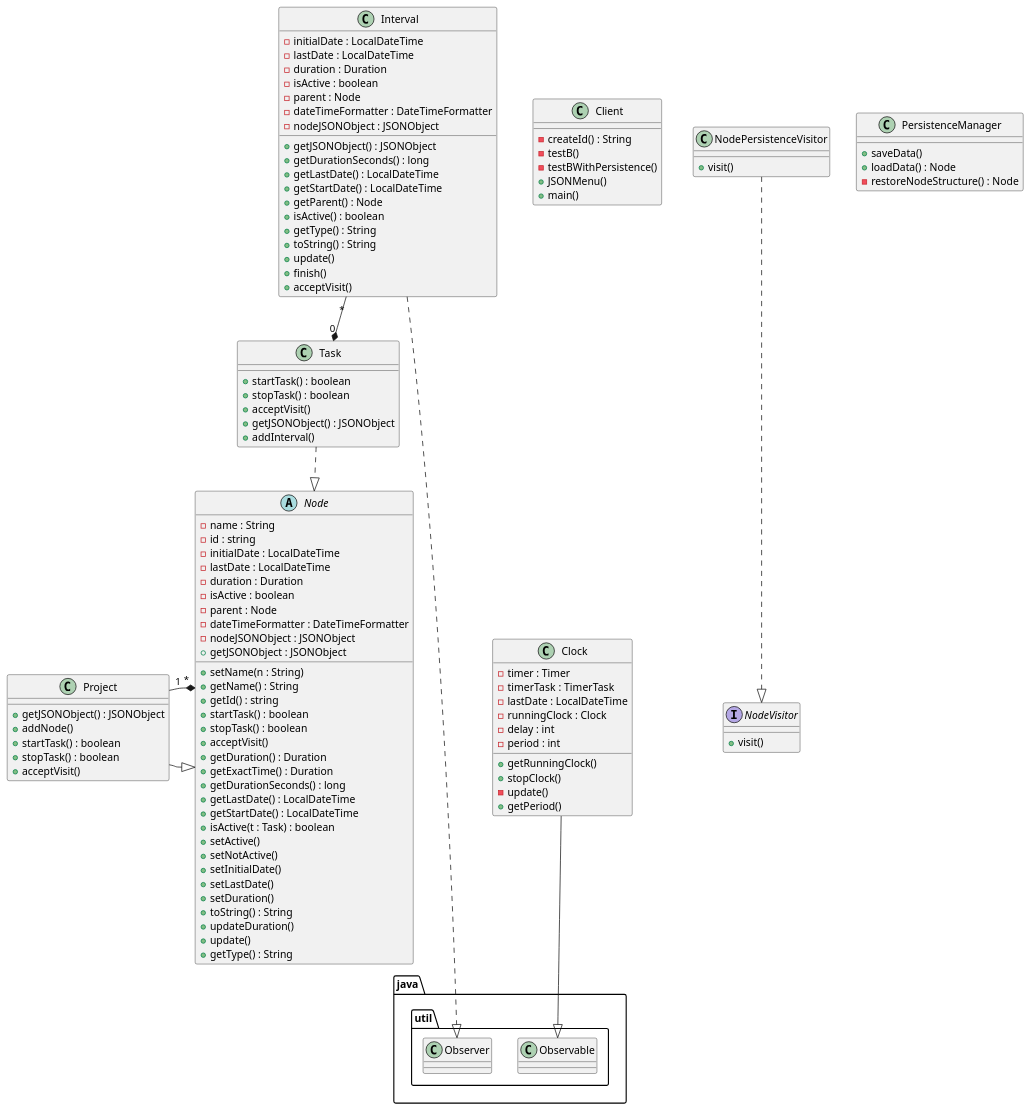
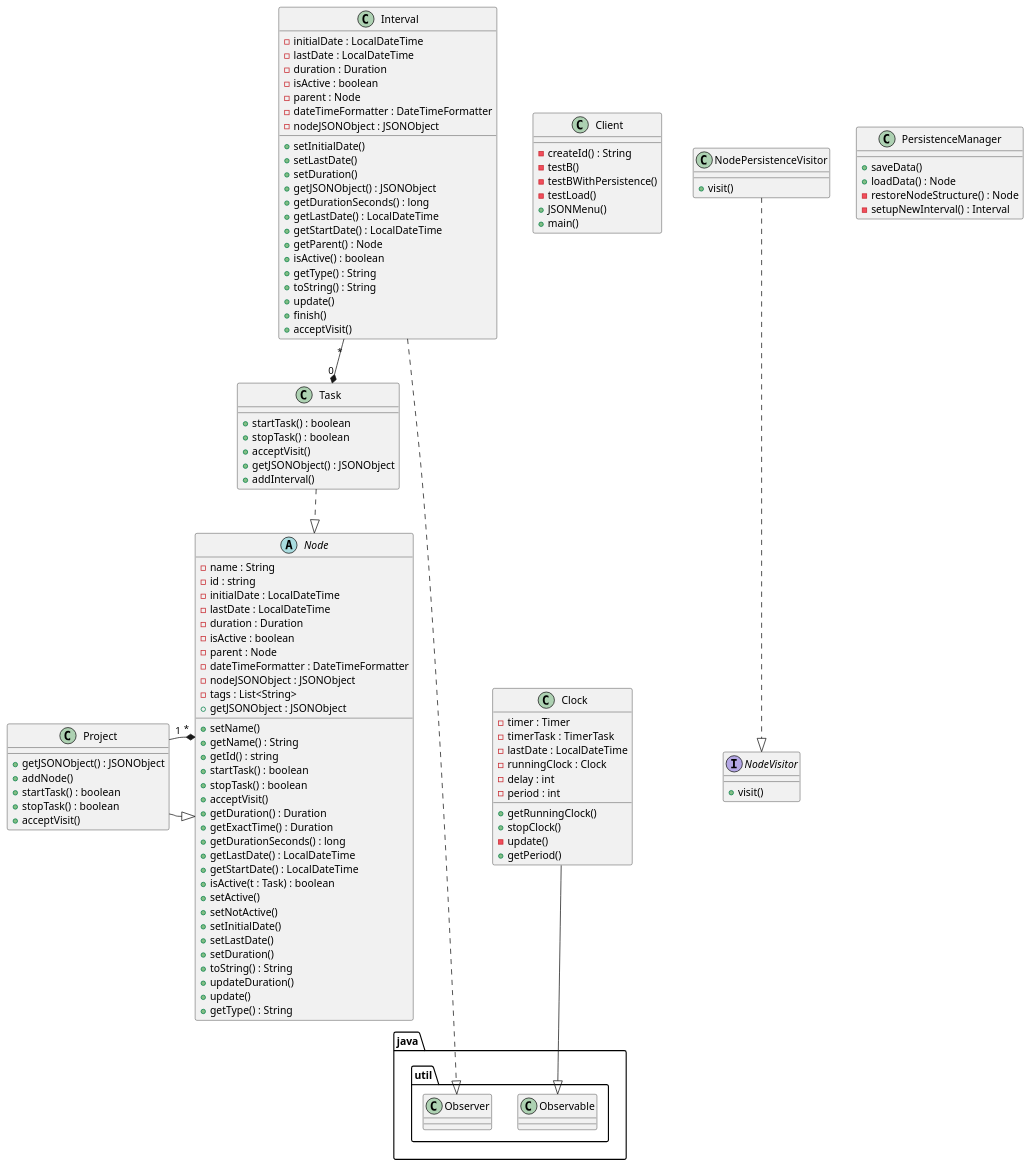
One commit to gonzaloarilla/DS_TimeTracker changed the diagram in src/uml.puml. Above: the diagram before and after it, drawn with PlantUML. The commit also changed 2 other files, not shown here.

Commit message:
Updated UML

```diff
--- a/src/uml.puml
+++ b/src/uml.puml
@@ -1,116 +1,122 @@
 @startuml
 class Client {
 - createId() : String
 - testB()
 - testBWithPersistence()
+- testLoad()
 + JSONMenu()
 + main()
 }
 
 abstract Node {
 - name : String
 - id : string
 - initialDate : LocalDateTime
 - lastDate : LocalDateTime
 - duration : Duration
 - isActive : boolean
 - parent : Node
 - dateTimeFormatter : DateTimeFormatter
 - nodeJSONObject : JSONObject
+- tags : List<String>
 + getJSONObject : JSONObject
-+ setName(n : String)
++ setName()
 + getName() : String
 + getId() : string
 + startTask() : boolean
 + stopTask() : boolean
 + acceptVisit()
 + getDuration() : Duration
 + getExactTime() : Duration
 + getDurationSeconds() : long
 + getLastDate() : LocalDateTime
 + getStartDate() : LocalDateTime
 + isActive(t : Task) : boolean
 + setActive()
 + setNotActive()
 + setInitialDate()
 + setLastDate()
 + setDuration()
 + toString() : String
 + updateDuration()
 + update()
 + getType() : String
 }
 
 class Project {
 + getJSONObject() : JSONObject
 + addNode()
 + startTask() : boolean
 + stopTask() : boolean
 + acceptVisit()
 }
 
 class Task {
 + startTask() : boolean
 + stopTask() : boolean
 + acceptVisit()
 + getJSONObject() : JSONObject
 + addInterval()
 }
 
 class Interval {
 - initialDate : LocalDateTime
 - lastDate : LocalDateTime
 - duration : Duration
 - isActive : boolean
 - parent : Node
 - dateTimeFormatter : DateTimeFormatter
 - nodeJSONObject : JSONObject
++ setInitialDate()
++ setLastDate()
++ setDuration()
 + getJSONObject() : JSONObject
 + getDurationSeconds() : long
 + getLastDate() : LocalDateTime
 + getStartDate() : LocalDateTime
 + getParent() : Node
 + isActive() : boolean
 + getType() : String
 + toString() : String
 + update()
 + finish()
 + acceptVisit()
 }
 
 class Clock {
 - timer : Timer
 - timerTask : TimerTask
 - lastDate : LocalDateTime
 - runningClock : Clock
 - delay : int
 - period : int
 + getRunningClock()
 + stopClock()
 - update()
 + getPeriod()
 }
 
 class NodePersistenceVisitor {
 + visit()
 }
 
 interface NodeVisitor {
 + visit()
 }
 
 class PersistenceManager {
 + saveData()
 + loadData() : Node
 - restoreNodeStructure() : Node
+- setupNewInterval() : Interval
 }
 
 Project -|> Node
 Node "*" *-- "1" Project
 Task -.|> Node
 Clock -down-|> java.util.Observable
 Interval -.down.-|> java.util.Observer
 Interval "*" --* "0" Task
 NodePersistenceVisitor -.down-|> NodeVisitor
 
 @enduml
```
